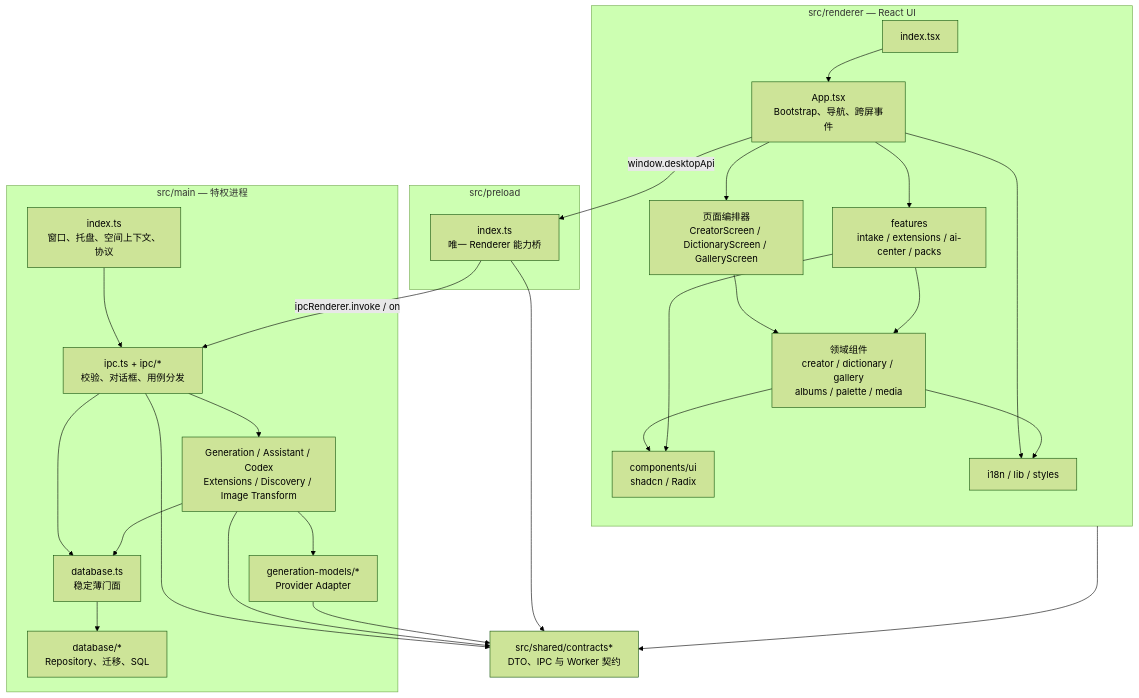
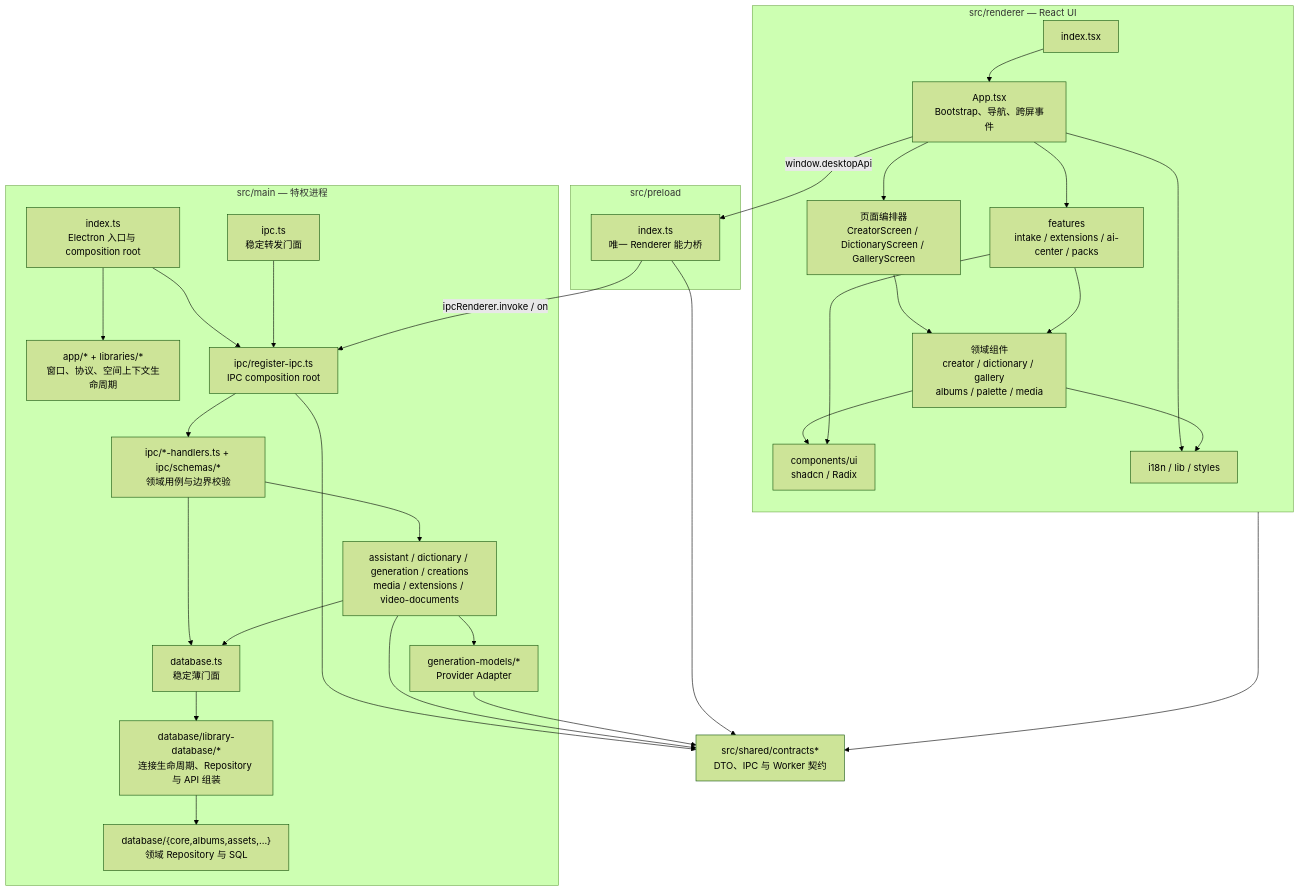
The third of 11 diagrams in docs/design/desktop-architecture-and-user-scenarios.md (gantrol/aiy-desktop), drawn with Mermaid (forest theme) before and after one commit. The commit also changed other lines of this file and 832 other files, not shown here.

````diff
--- a/docs/design/desktop-architecture-and-user-scenarios.md
+++ b/docs/design/desktop-architecture-and-user-scenarios.md
@@ -127,52 +127,60 @@
 ```mermaid
 flowchart TB
     subgraph Renderer["src/renderer — React UI"]
         Entry["index.tsx"]
         App["App.tsx<br/>Bootstrap、导航、跨屏事件"]
         Screens["页面编排器<br/>CreatorScreen / DictionaryScreen / GalleryScreen"]
         Features["features<br/>intake / extensions / ai-center / packs"]
         Domains["领域组件<br/>creator / dictionary / gallery<br/>albums / palette / media"]
         UI["components/ui<br/>shadcn / Radix"]
         Support["i18n / lib / styles"]
 
         Entry --> App
         App --> Screens
         App --> Features
         Screens --> Domains
         Features --> Domains
         Domains --> UI
         Features --> UI
         App --> Support
         Domains --> Support
     end
 
     subgraph Bridge["src/preload"]
         DesktopApi["index.ts<br/>唯一 Renderer 能力桥"]
     end
 
     subgraph Main["src/main — 特权进程"]
-        MainEntry["index.ts<br/>窗口、托盘、空间上下文、协议"]
-        IPC["ipc.ts + ipc/*<br/>校验、对话框、用例分发"]
-        Services["Generation / Assistant / Codex<br/>Extensions / Discovery / Image Transform"]
-        Database["database.ts<br/>稳定薄门面"]
-        Repositories["database/*<br/>Repository、迁移、SQL"]
+        MainEntry["index.ts<br/>Electron 入口与 composition root"]
+        AppRuntime["app/* + libraries/*<br/>窗口、协议、空间上下文生命周期"]
+        IPCFacade["ipc.ts<br/>稳定转发门面"]
+        IPC["ipc/register-ipc.ts<br/>IPC composition root"]
+        IPCDomains["ipc/*-handlers.ts + ipc/schemas/*<br/>领域用例与边界校验"]
+        Services["assistant / dictionary / generation / creations<br/>media / extensions / video-documents"]
+        DatabaseFacade["database.ts<br/>稳定薄门面"]
+        DatabaseComposition["database/library-database/*<br/>连接生命周期、Repository 与 API 组装"]
+        Repositories["database/{core,albums,assets,...}<br/>领域 Repository 与 SQL"]
         Models["generation-models/*<br/>Provider Adapter"]
 
+        MainEntry --> AppRuntime
         MainEntry --> IPC
-        IPC --> Services
-        IPC --> Database
-        Services --> Database
+        IPCFacade --> IPC
+        IPC --> IPCDomains
+        IPCDomains --> Services
+        IPCDomains --> DatabaseFacade
+        Services --> DatabaseFacade
         Services --> Models
-        Database --> Repositories
+        DatabaseFacade --> DatabaseComposition
+        DatabaseComposition --> Repositories
     end
 
     Contracts["src/shared/contracts*<br/>DTO、IPC 与 Worker 契约"]
 
     App -->|"window.desktopApi"| DesktopApi
     DesktopApi -->|"ipcRenderer.invoke / on"| IPC
     Renderer --> Contracts
     DesktopApi --> Contracts
     IPC --> Contracts
     Services --> Contracts
     Models --> Contracts
 ```
````
